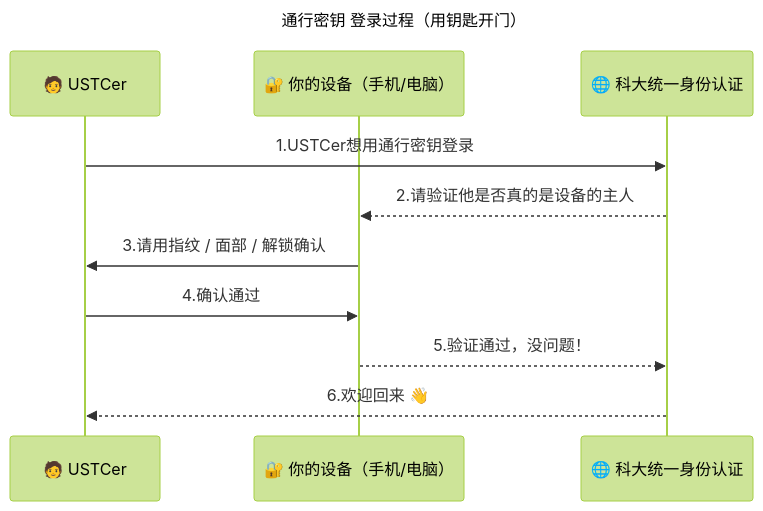
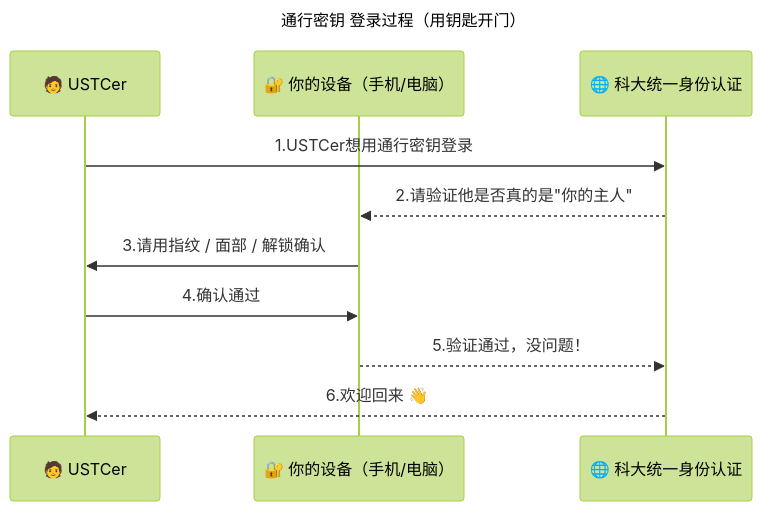
One commit to wf0229/id_doc changed the second of 3 diagrams in docs/passkey.md. Above: the diagram before and after it, drawn with Mermaid (forest theme). The commit also changed other lines of this file, not shown here.

````diff
--- a/docs/passkey.md
+++ b/docs/passkey.md
@@ -20,14 +20,14 @@
 ```mermaid
 sequenceDiagram
     title 通行密钥 登录过程（用钥匙开门）
     participant U as 🧑 USTCer
     participant D as 🔐 你的设备（手机/电脑）
     participant P as 🌐 科大统一身份认证
 
     U->>P: 1.USTCer想用通行密钥登录
-    P-->>D: 2.请验证他是否真的是设备的主人
+    P-->>D: 2.请验证他是否真的是"你的主人"
     D->>U: 3.请用指纹 / 面部 / 解锁确认
     U->>D: 4.确认通过
     D-->>P: 5.验证通过，没问题！
     P-->>U: 6.欢迎回来 👋
 ```
````
